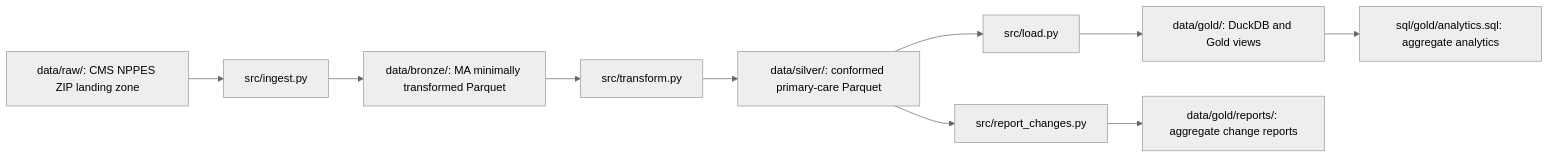
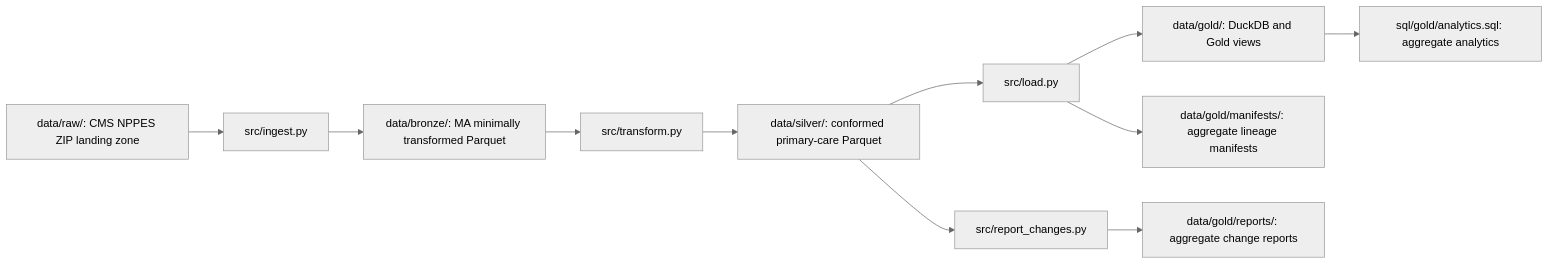
One commit to dnylad/nppes-provider-directory-pipeline changed the diagram in docs/architecture.md. Above: the diagram before and after it, drawn with Mermaid (neutral theme). The commit also changed other lines of this file and 6 other files, not shown here.

````diff
--- a/docs/architecture.md
+++ b/docs/architecture.md
@@ -21,12 +21,13 @@
 ```mermaid
 flowchart LR
     A[data/raw/: CMS NPPES ZIP landing zone] --> B[src/ingest.py]
     B --> C[data/bronze/: MA minimally transformed Parquet]
     C --> D[src/transform.py]
     D --> E[data/silver/: conformed primary-care Parquet]
     E --> F[src/load.py]
     F --> G[data/gold/: DuckDB and Gold views]
     G --> H[sql/gold/analytics.sql: aggregate analytics]
     E --> I[src/report_changes.py]
     I --> J[data/gold/reports/: aggregate change reports]
+    F --> K[data/gold/manifests/: aggregate lineage manifests]
 ```
````
